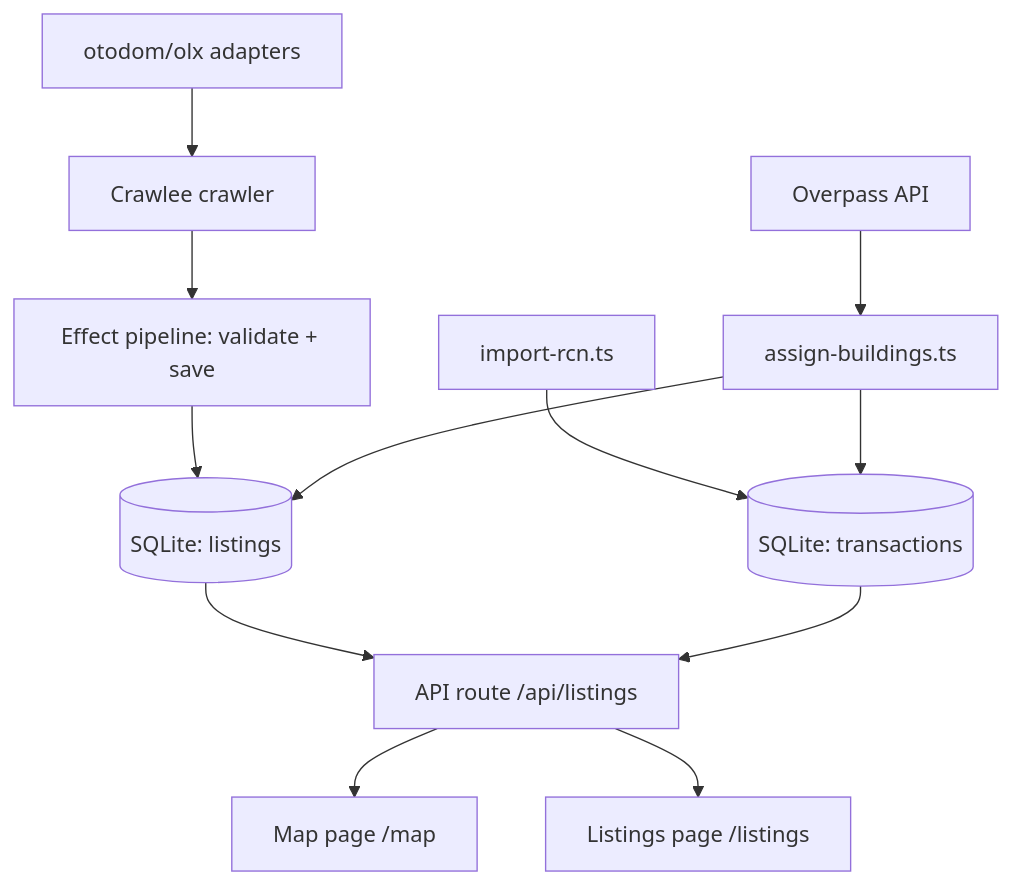
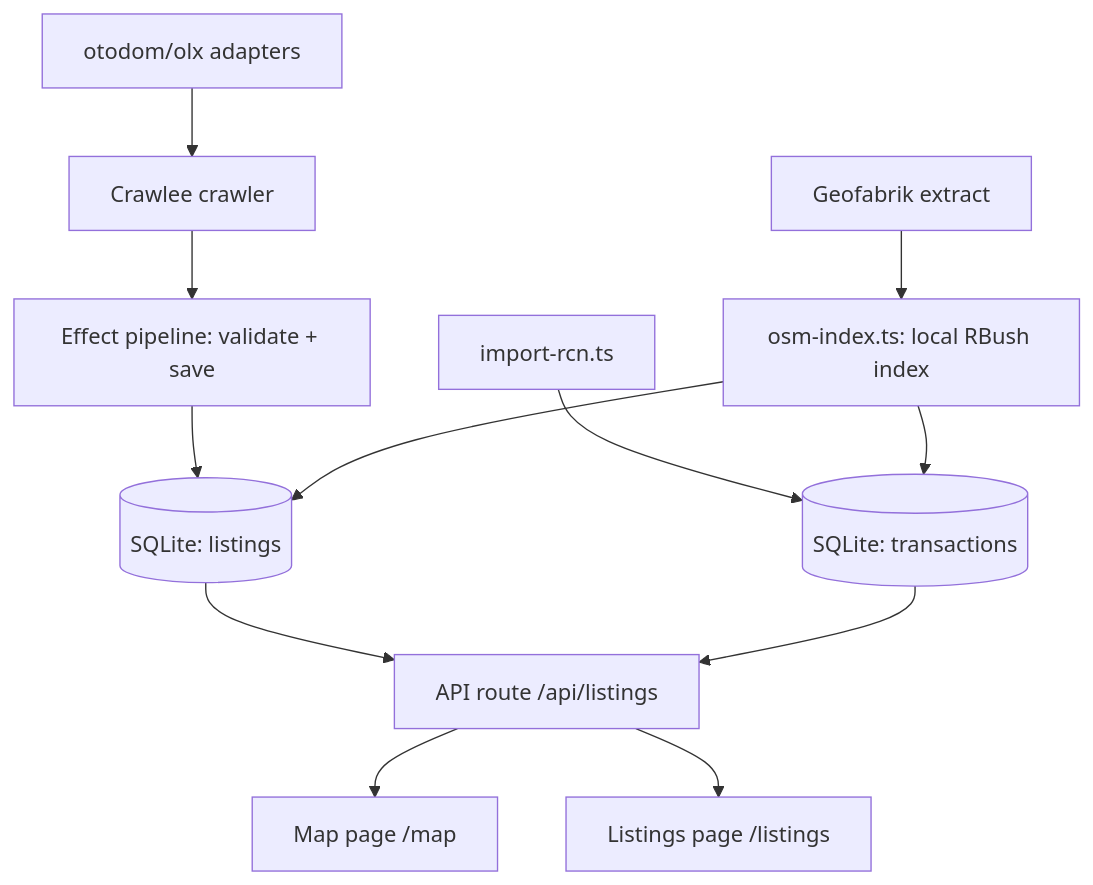
The diagram in AGENTS.md (Zdziszkee/flat-tracker), drawn with Mermaid before and after one commit. The commit also changed other lines of this file and 11 other files, not shown here.

First line of the commit message:
Local OSM building index: assign 82k transactions in minutes

````diff
--- a/AGENTS.md
+++ b/AGENTS.md
@@ -66,14 +74,14 @@
 ```mermaid
 graph TD
   A[otodom/olx adapters] --> B[Crawlee crawler]
   B --> C[Effect pipeline: validate + save]
   C --> D[(SQLite: listings)]
   E[import-rcn.ts] --> F[(SQLite: transactions)]
-  G[Overpass API] --> H[assign-buildings.ts]
+  G[Geofabrik extract] --> H[osm-index.ts: local RBush index]
   H --> D
   H --> F
   D --> I[API route /api/listings]
   F --> I
   I --> J[Map page /map]
   I --> K[Listings page /listings]
 ```
````
